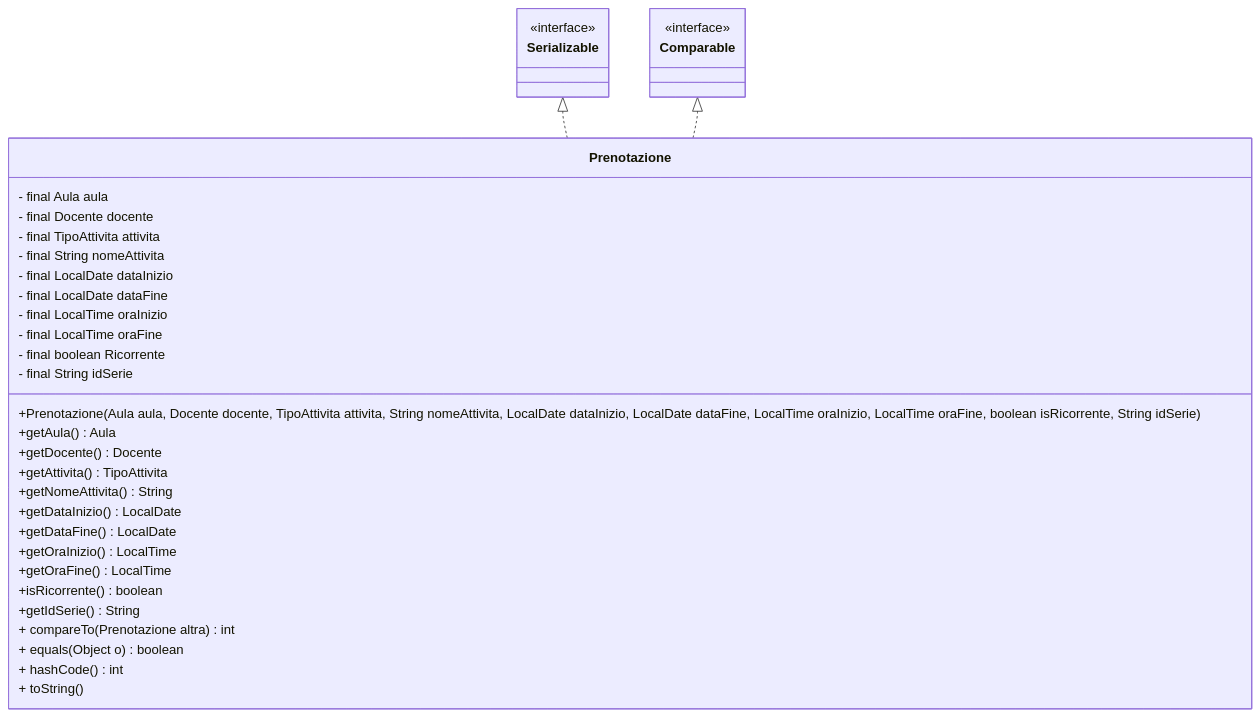
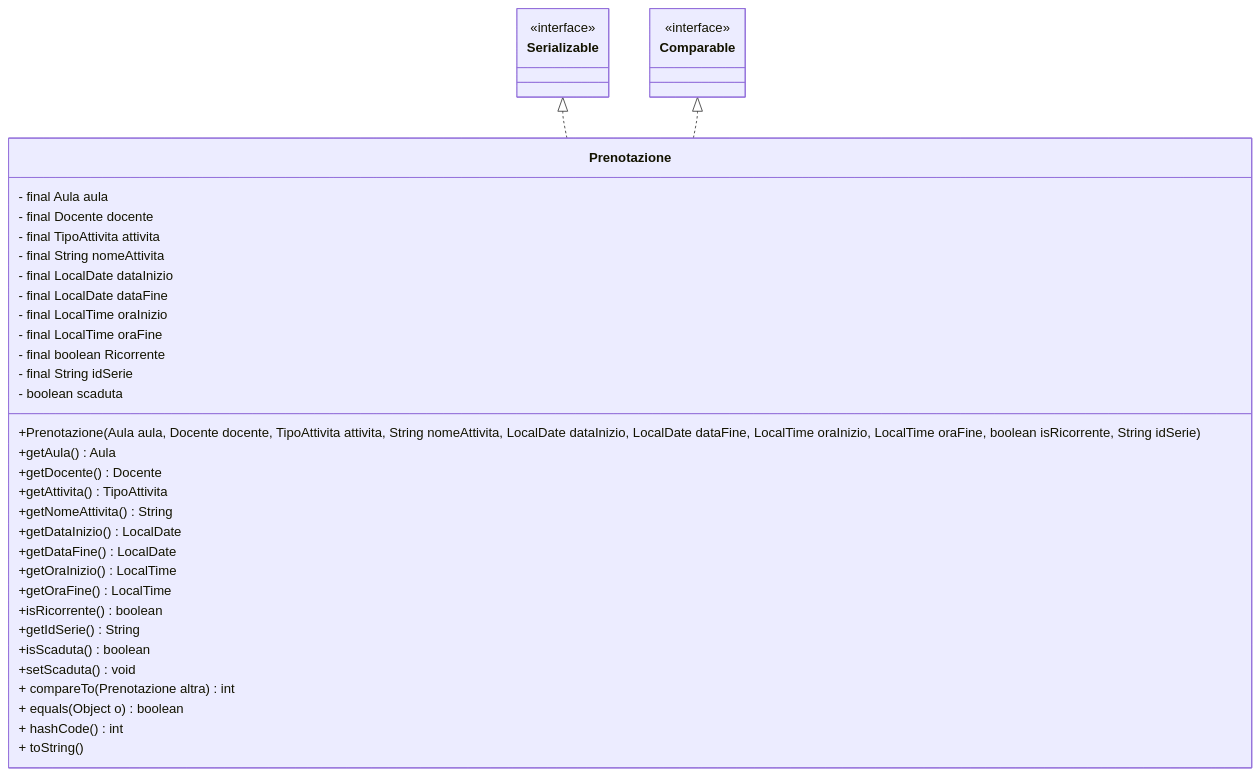
Before and after one commit to gcarbone48/PrenotazioneAule5: the diagram in diagrams/class diagrams/prenotazioneClassDiagram.md, drawn with Mermaid. The commit also changed 1 other file, not shown here.

Commit message:
FEAT: aggiunta attributo scaduta alla classe Prenotazione

````diff
--- a/diagrams/class diagrams/prenotazioneClassDiagram.md
+++ b/diagrams/class diagrams/prenotazioneClassDiagram.md
@@ -1,49 +1,50 @@
 ```mermaid
 classDiagram
 
     class Serializable {
              <<interface>>
     }
     class Comparable {
              <<interface>>
     }
 
     Serializable <|.. Prenotazione
     Comparable <|.. Prenotazione
 
 
  class Prenotazione{
         - final Aula aula
         - final Docente docente
         - final TipoAttivita attivita
         - final String nomeAttivita
         - final LocalDate dataInizio
         - final LocalDate dataFine
         - final LocalTime oraInizio
         - final LocalTime oraFine
         - final boolean Ricorrente
         - final String idSerie
-        
+        - boolean scaduta
+
         %%Costruttore 
 
         +Prenotazione(Aula aula, Docente docente, TipoAttivita attivita, String nomeAttivita, LocalDate dataInizio, LocalDate dataFine, LocalTime oraInizio, LocalTime oraFine, boolean isRicorrente, String idSerie) 
         +getAula() Aula
         +getDocente() Docente
         +getAttivita() TipoAttivita
         +getNomeAttivita() String
         +getDataInizio() LocalDate
         +getDataFine() LocalDate
         +getOraInizio() LocalTime
         +getOraFine() LocalTime
         +isRicorrente() boolean
         +getIdSerie() String
-
-
+        +isScaduta() boolean
+        +setScaduta() void
         + compareTo(Prenotazione altra) int
         + equals(Object o) boolean
         + hashCode() int
         + toString()
         
 
     }
 ```
````
